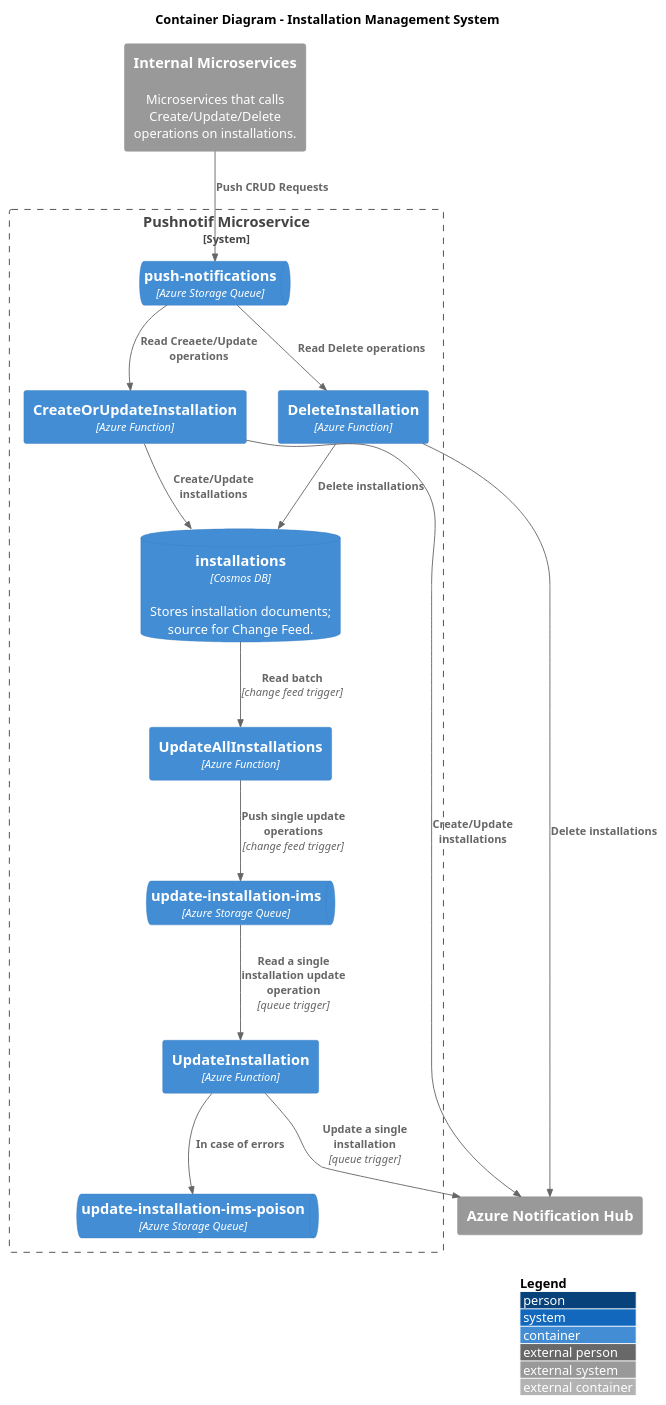
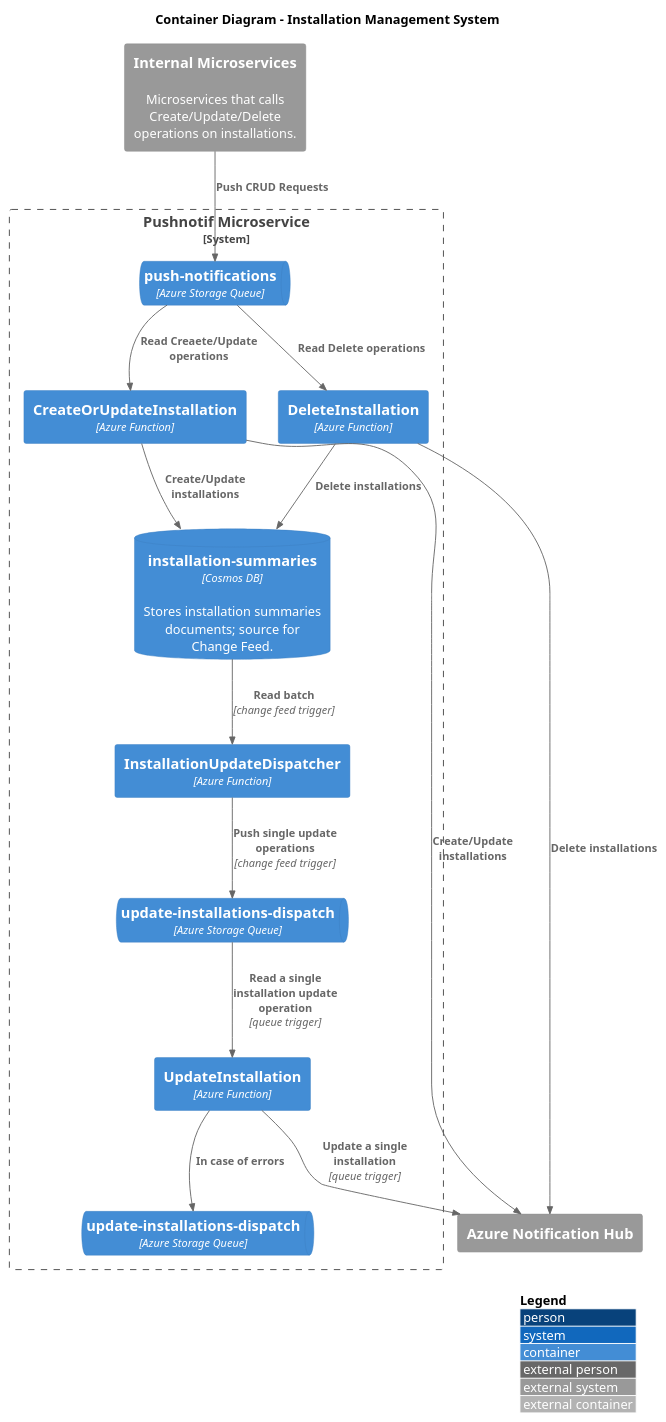
Before and after one commit to pagopa/io-messages: the diagram in docs/installation-updater/container-diagram.puml, drawn with PlantUML. The commit also changed 3 other files, not shown here.

Commit message:
Update Installation Updater diagrams to use correct names

```diff
--- a/docs/installation-updater/container-diagram.puml
+++ b/docs/installation-updater/container-diagram.puml
@@ -1,46 +1,46 @@
 @startuml
 !include <C4/C4_Container>
 
 LAYOUT_WITH_LEGEND()
 
 title Container Diagram - Installation Management System
 
 System_Ext(microservices, "Internal Microservices", "Microservices that calls Create/Update/Delete operations on installations.")
 
 System_Boundary(pushnotif_microservice, "Pushnotif Microservice") {
 
   ContainerQueue(push_notifications, "push-notifications", "Azure Storage Queue")
 
   Container(create_or_update_installation, "CreateOrUpdateInstallation", "Azure Function")
   Container(delete_installation, "DeleteInstallation", "Azure Function")
-  Container(update_all_installations, "UpdateAllInstallations", "Azure Function")
+  Container(update_all_installations, "InstallationUpdateDispatcher", "Azure Function")
 
-  ContainerDb(cosmos_container, "installations", "Cosmos DB", "Stores installation documents; source for Change Feed.")
+  ContainerDb(cosmos_container, "installation-summaries", "Cosmos DB", "Stores installation summaries documents; source for Change Feed.")
 
-  ContainerQueue(update_installation_ims, "update-installation-ims", "Azure Storage Queue")
-  ContainerQueue(update_installation_ims_poison, "update-installation-ims-poison", "Azure Storage Queue")
+  ContainerQueue(update_installation_ims, "update-installations-dispatch", "Azure Storage Queue")
+  ContainerQueue(update_installation_ims_poison, "update-installations-dispatch", "Azure Storage Queue")
 
   Container(update_installation, "UpdateInstallation", "Azure Function")
 }
 
 System_Ext(notification_hub, "Azure Notification Hub")
 
 Rel(microservices, push_notifications, "Push CRUD Requests")
 
 Rel(push_notifications, create_or_update_installation, "Read Creaete/Update operations")
 Rel(push_notifications, delete_installation, "Read Delete operations")
 
 Rel(create_or_update_installation, notification_hub, "Create/Update installations")
 Rel(delete_installation, notification_hub, "Delete installations")
 
 Rel(create_or_update_installation, cosmos_container, "Create/Update installations")
 Rel(delete_installation, cosmos_container, "Delete installations")
 
 Rel(cosmos_container, update_all_installations, "Read batch", "change feed trigger")
 
 Rel(update_all_installations, update_installation_ims, "Push single update operations", "change feed trigger")
 
 Rel(update_installation_ims, update_installation, "Read a single installation update operation", "queue trigger")
 Rel(update_installation, notification_hub, "Update a single installation", "queue trigger")
 Rel(update_installation, update_installation_ims_poison, "In case of errors")
 @enduml
```
